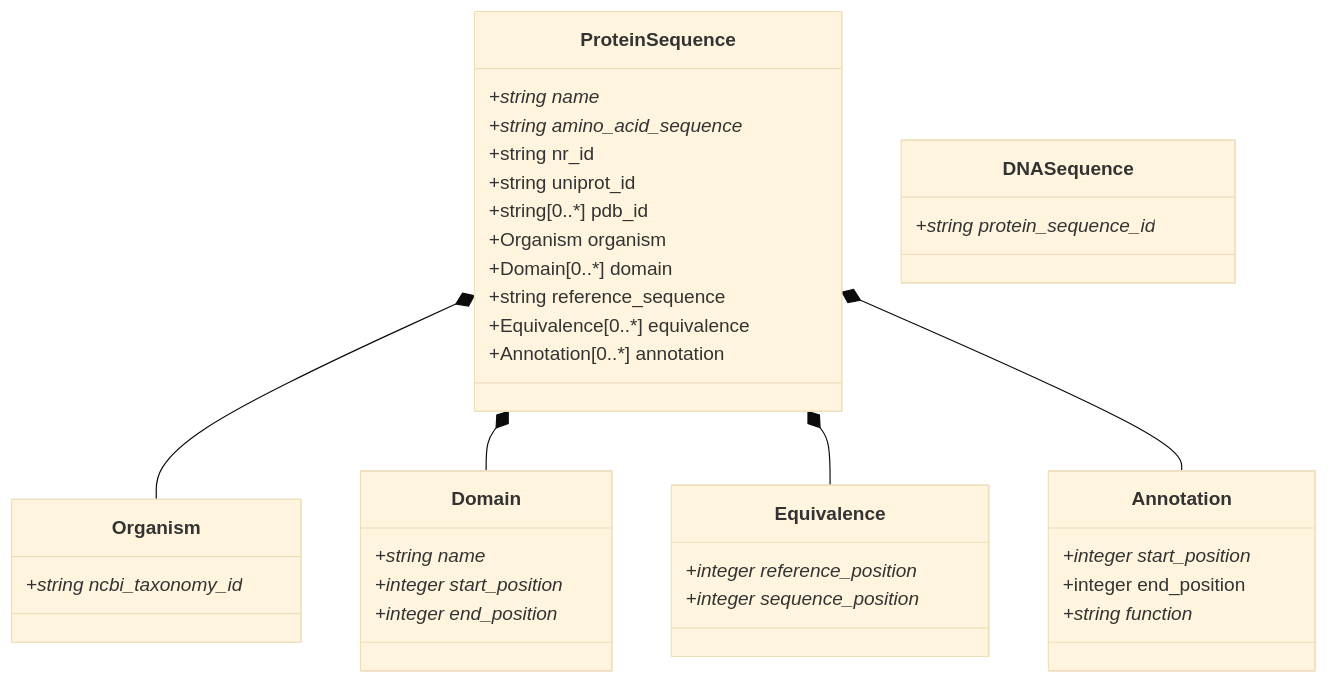
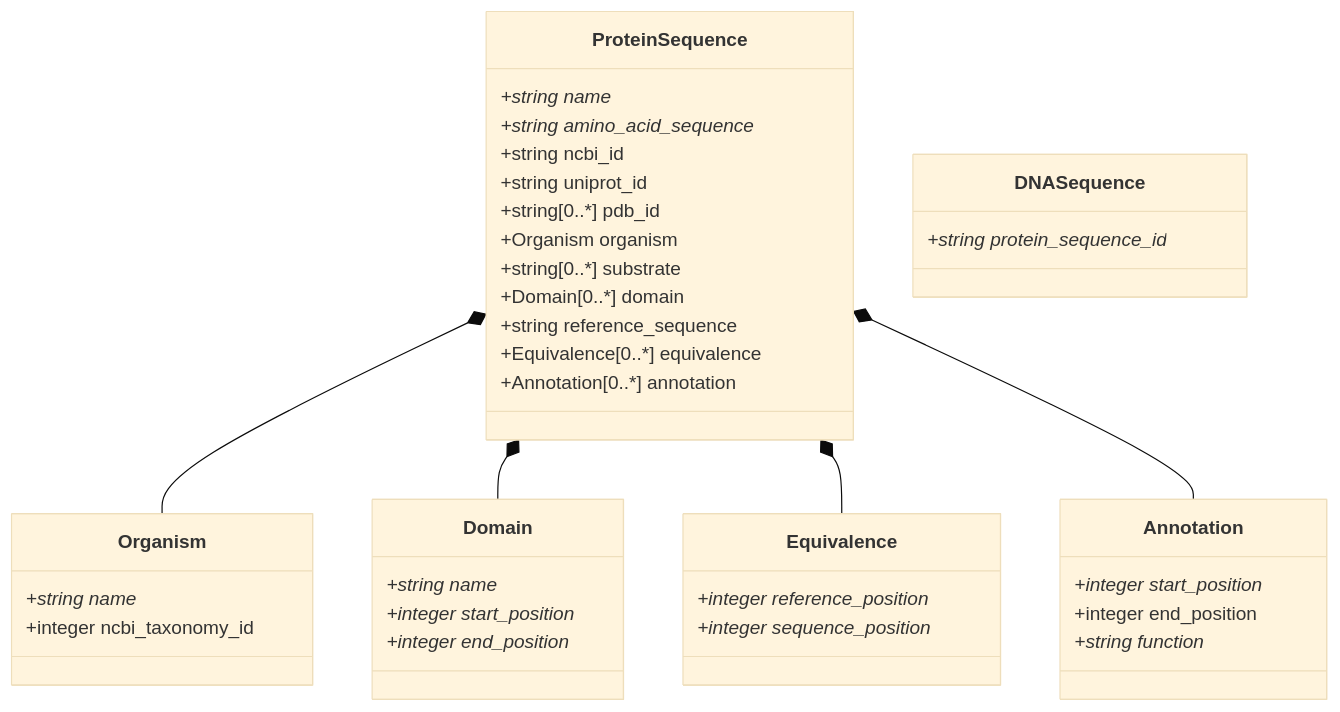
Before and after one commit to PyEED/PAZy: the diagram in pyEED/schemes/PyEED Data Model.md, drawn with Mermaid (base theme). The commit also changed 9 other files, not shown here.

````diff
--- a/pyEED/schemes/PyEED Data Model.md
+++ b/pyEED/schemes/PyEED Data Model.md
@@ -1,46 +1,48 @@
 ```mermaid
 classDiagram
     ProteinSequence *-- Organism
     ProteinSequence *-- Domain
     ProteinSequence *-- Equivalence
     ProteinSequence *-- Annotation
     
     class ProteinSequence {
         +string name*
         +string amino_acid_sequence*
-        +string nr_id
+        +string ncbi_id
         +string uniprot_id
         +string[0..*] pdb_id
         +Organism organism
+        +string[0..*] substrate
         +Domain[0..*] domain
         +string reference_sequence
         +Equivalence[0..*] equivalence
         +Annotation[0..*] annotation
     }
     
     class Organism {
-        +string ncbi_taxonomy_id*
+        +string name*
+        +integer ncbi_taxonomy_id
     }
     
     class Domain {
         +string name*
         +integer start_position*
         +integer end_position*
     }
     
     class Equivalence {
         +integer reference_position*
         +integer sequence_position*
     }
     
     class Annotation {
         +integer start_position*
         +integer end_position
         +string function*
     }
     
     class DNASequence {
         +string protein_sequence_id*
     }
     
 ```
````
